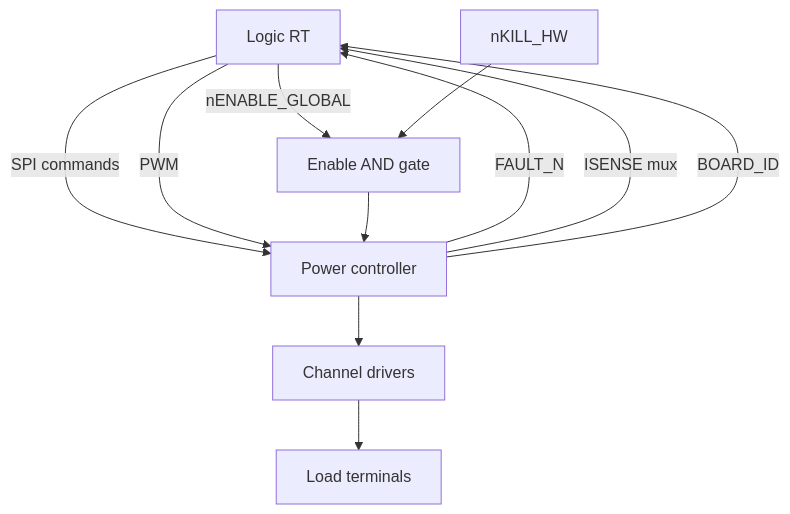
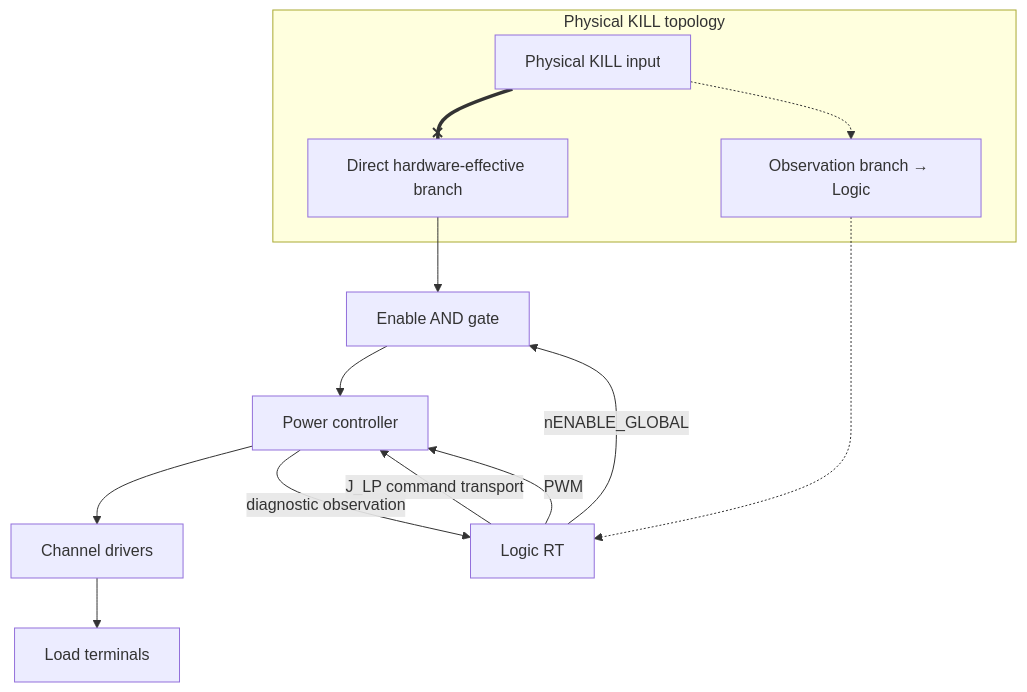
One commit to Gr1mSkull/Project-Drive-Core changed the third of 6 diagrams in docs/DevKit/DevKit_Functional_Block_Diagram.md. Above: the diagram before and after it, drawn with Mermaid. The commit also changed other lines of this file and 9 other files, not shown here.

First line of the commit message:
WP-010-R1: Functional electrical architecture consistency corrections

````diff
--- a/docs/DevKit/DevKit_Functional_Block_Diagram.md
+++ b/docs/DevKit/DevKit_Functional_Block_Diagram.md
@@ -109,13 +121,20 @@
 ```mermaid
 flowchart TB
-    L["Logic RT"] -->|SPI commands| P["Power controller"]
+    subgraph KILL_TOPO["Physical KILL topology"]
+        KIN["Physical KILL input"]
+        KDIR["Direct hardware-effective branch"]
+        KOBS["Observation branch → Logic"]
+        KIN ==x KDIR
+        KIN -.-> KOBS
+    end
+
+    L["Logic RT"] -->|J_LP command transport| P["Power controller"]
     L -->|PWM| P
     L -->|nENABLE_GLOBAL| G["Enable AND gate"]
-    K["nKILL_HW"] --> G
+    KDIR --> G
+    KOBS -.-> L
     G --> P
     P --> CH["Channel drivers"]
     CH --> OUT["Load terminals"]
-    P -->|FAULT_N| L
-    P -->|ISENSE mux| L
-    P -->|BOARD_ID| L
+    P -->|diagnostic observation| L
 ```
````
